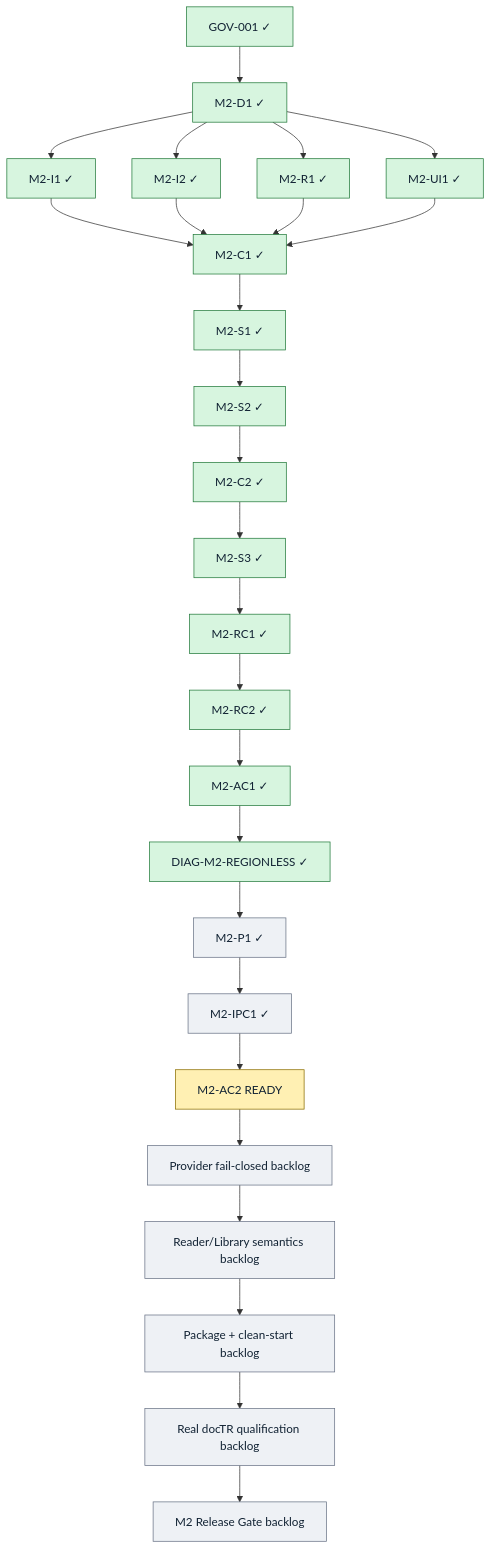
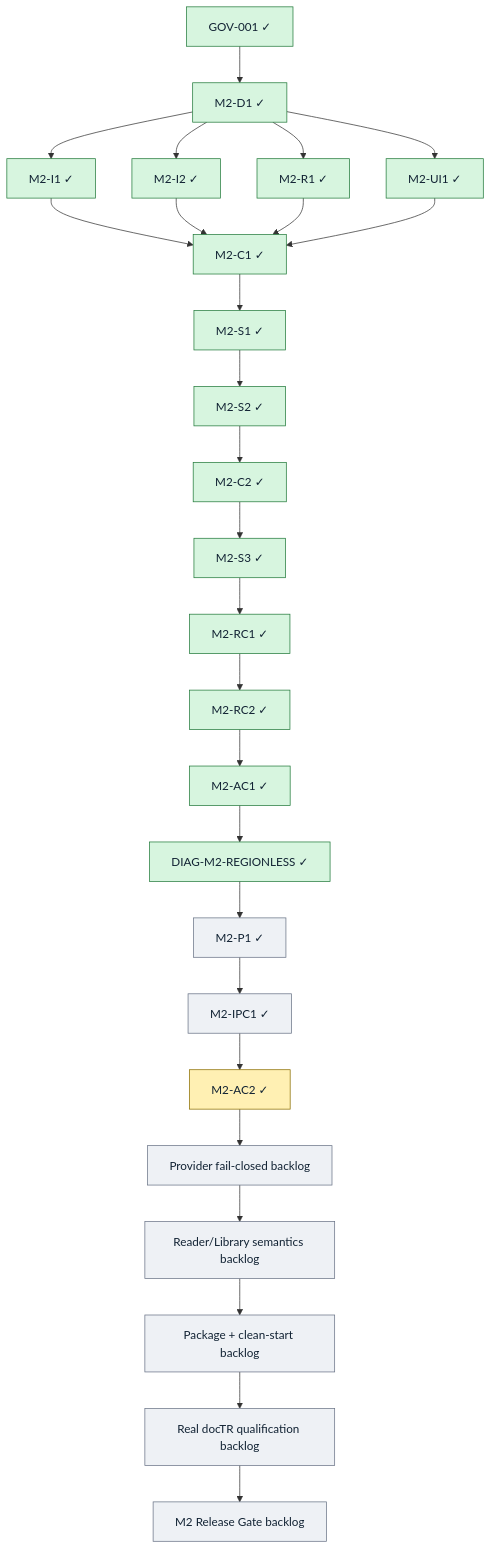
One commit to peakwheat-pixel/New-Manga changed the diagram in doc/REBASELINE_PLAN.md. Above: the diagram before and after it, drawn with Mermaid. The commit also changed other lines of this file and 6 other files, not shown here.

````diff
--- a/doc/REBASELINE_PLAN.md
+++ b/doc/REBASELINE_PLAN.md
@@ -55,28 +55,28 @@
 ```mermaid
 flowchart TD
   GOV["GOV-001 ✓"] --> D1["M2-D1 ✓"]
   D1 --> I1["M2-I1 ✓"]
   D1 --> I2["M2-I2 ✓"]
   D1 --> R1["M2-R1 ✓"]
   D1 --> UI1["M2-UI1 ✓"]
   I1 --> C1["M2-C1 ✓"]
   I2 --> C1
   R1 --> C1
   UI1 --> C1
   C1 --> S1["M2-S1 ✓"] --> S2["M2-S2 ✓"] --> C2["M2-C2 ✓"] --> S3["M2-S3 ✓"] --> RC1["M2-RC1 ✓"] --> RC2["M2-RC2 ✓"] --> AC1["M2-AC1 ✓"]
   AC1 --> DIAG["DIAG-M2-REGIONLESS ✓"]
   DIAG --> P1["M2-P1 ✓"]
   P1 --> IPC1["M2-IPC1 ✓"]
-  IPC1 --> AC2["M2-AC2 READY"]
+  IPC1 --> AC2["M2-AC2 ✓"]
   AC2 --> AC3["Provider fail-closed backlog"]
   AC3 --> AC4["Reader/Library semantics backlog"]
   AC4 --> PKG["Package + clean-start backlog"]
   PKG --> ML["Real docTR qualification backlog"]
   ML --> RG["M2 Release Gate backlog"]
   classDef done fill:#d7f5df,stroke:#237a3b,color:#123;
   classDef ready fill:#fff0b3,stroke:#8a6d00,color:#123;
   classDef planned fill:#eef1f5,stroke:#697386,color:#123;
   class GOV,D1,I1,I2,R1,UI1,C1,S1,S2,C2,S3,RC1,RC2,AC1,DIAG,P1 done;
   class P1,IPC1,AC3,AC4,PKG,ML,RG planned;
   class AC2 ready;
 ```
````
